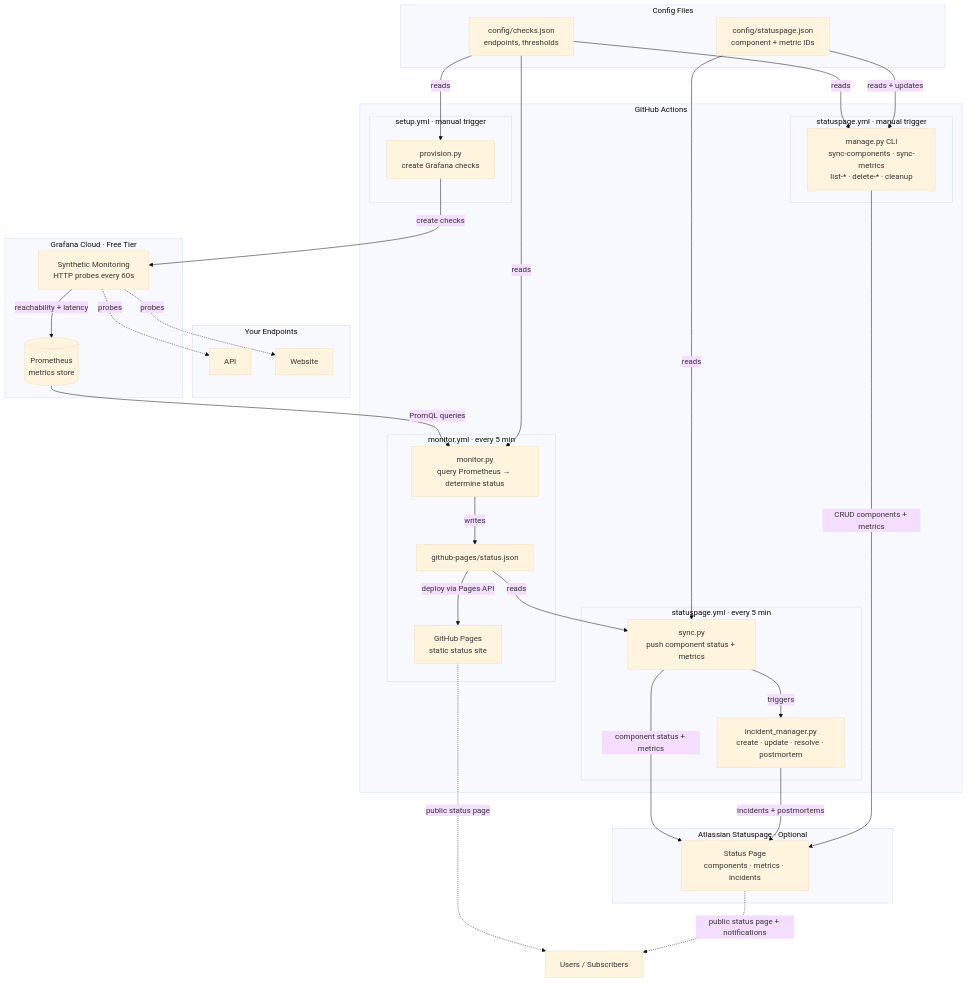
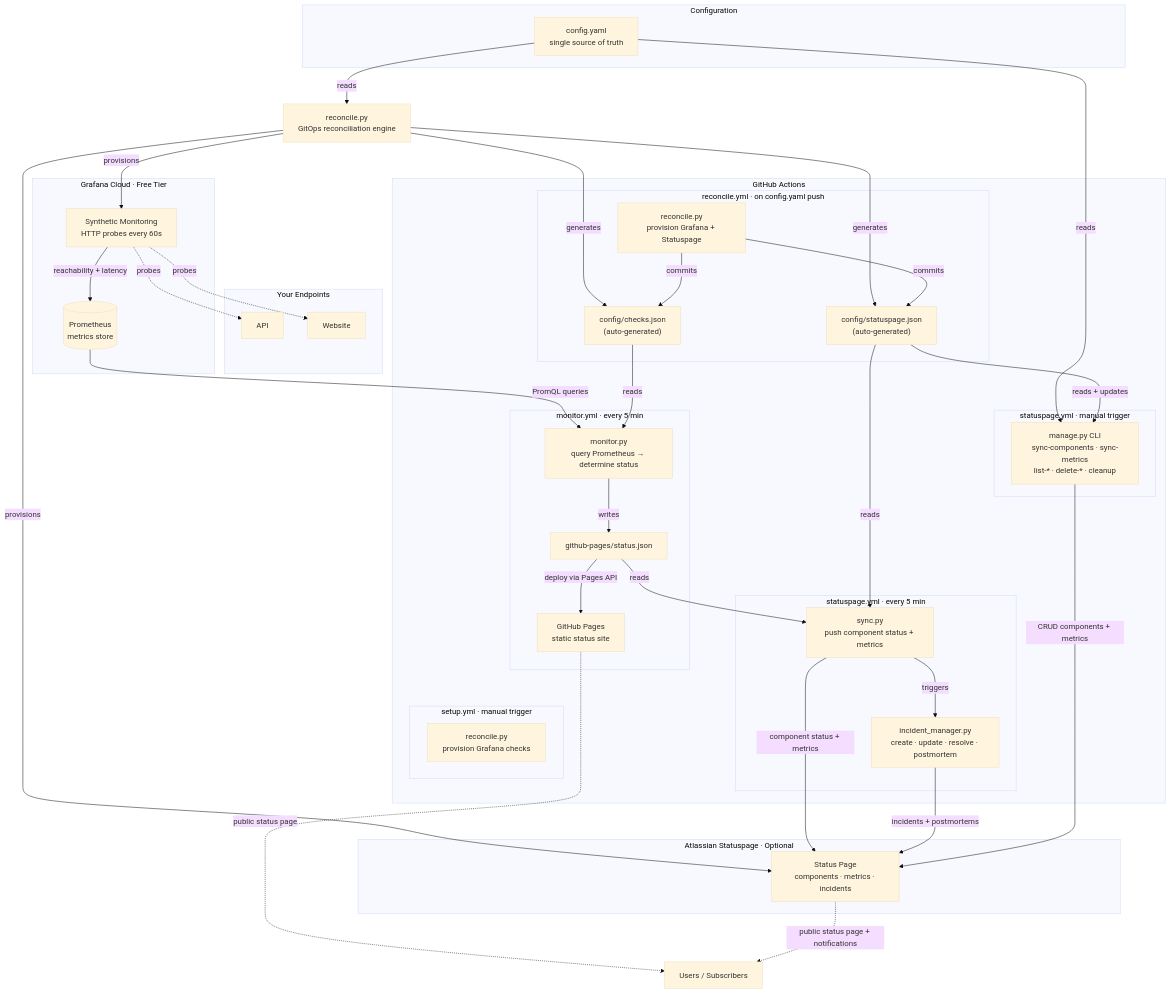
The diagram in README.md (caelicode/status-page), drawn with Mermaid (base theme) before and after one commit. The commit also changed other lines of this file and 7 other files, not shown here.

First line of the commit message:
feat: GitOps reconciliation — single config.yaml provisions everything

````diff
--- a/README.md
+++ b/README.md
@@ -11,62 +11,71 @@
 ```mermaid
 flowchart TB
     subgraph ENDPOINTS["Your Endpoints"]
         EP1["API"]
         EP2["Website"]
     end
 
     subgraph GRAFANA["Grafana Cloud · Free Tier"]
         SM["Synthetic Monitoring<br/>HTTP probes every 60s"]
         PROM[("Prometheus<br/>metrics store")]
         SM -- "reachability + latency" --> PROM
     end
 
     SM -. "probes" .-> EP1
     SM -. "probes" .-> EP2
 
-    subgraph CONFIG["Config Files"]
-        CJ["config/checks.json<br/>endpoints, thresholds"]
-        SPJ["config/statuspage.json<br/>component + metric IDs"]
+    subgraph CONFIG["Configuration"]
+        CY["config.yaml<br/>single source of truth"]
     end
 
+    CY -- "reads" --> RECON["reconcile.py<br/>GitOps reconciliation engine"]
+    RECON -- "generates" --> CJ["config/checks.json<br/>(auto-generated)"]
+    RECON -- "generates" --> SPJ["config/statuspage.json<br/>(auto-generated)"]
+    RECON -- "provisions" --> SM
+    RECON -- "provisions" --> SP
+
     subgraph GHA["GitHub Actions"]
+        subgraph WF0["reconcile.yml · on config.yaml push"]
+            RECWF["reconcile.py<br/>provision Grafana + Statuspage"]
+            RECWF -- "commits" --> CJ
+            RECWF -- "commits" --> SPJ
+        end
+
         subgraph WF1["monitor.yml · every 5 min"]
             MON["monitor.py<br/>query Prometheus → determine status"]
             MON -- "writes" --> SJ["github-pages/status.json"]
             SJ -- "deploy via Pages API" --> GP["GitHub Pages<br/>static status site"]
         end
 
         subgraph WF2["statuspage.yml · every 5 min"]
             SYNC["sync.py<br/>push component status + metrics"]
             IM["incident_manager.py<br/>create · update · resolve · postmortem"]
             SYNC -- "triggers" --> IM
         end
 
         subgraph WF3["statuspage.yml · manual trigger"]
             MGR["manage.py CLI<br/>sync-components · sync-metrics<br/>list-* · delete-* · cleanup"]
         end
 
         subgraph WF4["setup.yml · manual trigger"]
-            PROV["provision.py<br/>create Grafana checks"]
+            PROV["reconcile.py<br/>provision Grafana checks"]
         end
     end
 
     PROM -- "PromQL queries" --> MON
     CJ -- "reads" --> MON
-    CJ -- "reads" --> PROV
-    PROV -- "create checks" --> SM
     SJ -- "reads" --> SYNC
     SPJ -- "reads" --> SYNC
-    CJ -- "reads" --> MGR
+    CY -- "reads" --> MGR
     SPJ -- "reads + updates" --> MGR
     SYNC -- "component status + metrics" --> SP
     IM -- "incidents + postmortems" --> SP
     MGR -- "CRUD components + metrics" --> SP
 
     subgraph ATLASSIAN["Atlassian Statuspage · Optional"]
         SP["Status Page<br/>components · metrics · incidents"]
     end
 
     GP -. "public status page" .-> USERS["Users / Subscribers"]
     SP -. "public status page + notifications" .-> USERS
 ```
````
